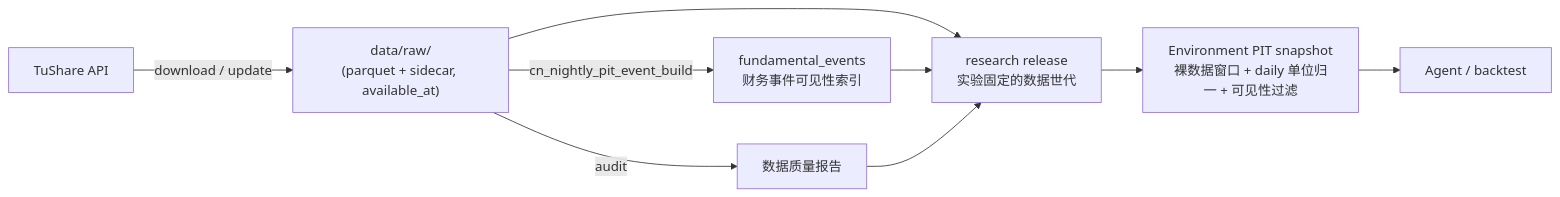
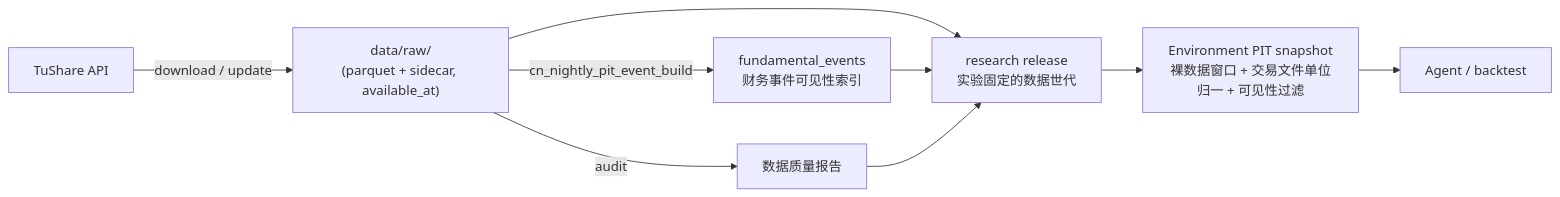
One commit to LeoZippon/CornerHead changed the diagram in docs/data_documentation.md. Above: the diagram before and after it, drawn with Mermaid. The commit also changed other lines of this file and 38 other files, not shown here.

````diff
--- a/docs/data_documentation.md
+++ b/docs/data_documentation.md
@@ -57,11 +57,11 @@
 ```mermaid
 flowchart LR
     TS[TuShare API] -->|download / update| RAW["data/raw/<dataset>\n(parquet + sidecar, available_at)"]
     RAW -->|audit| STATUS["数据质量报告"]
     RAW -->|cn_nightly_pit_event_build| PIT["fundamental_events\n财务事件可见性索引"]
     RAW --> RELEASE["research release\n实验固定的数据世代"]
     PIT --> RELEASE
     STATUS --> RELEASE
-    RELEASE --> SNAP["Environment PIT snapshot\n裸数据窗口 + daily 单位归一 + 可见性过滤"]
+    RELEASE --> SNAP["Environment PIT snapshot\n裸数据窗口 + 交易文件单位归一 + 可见性过滤"]
     SNAP --> AGENT[Agent / backtest]
 ```
````
